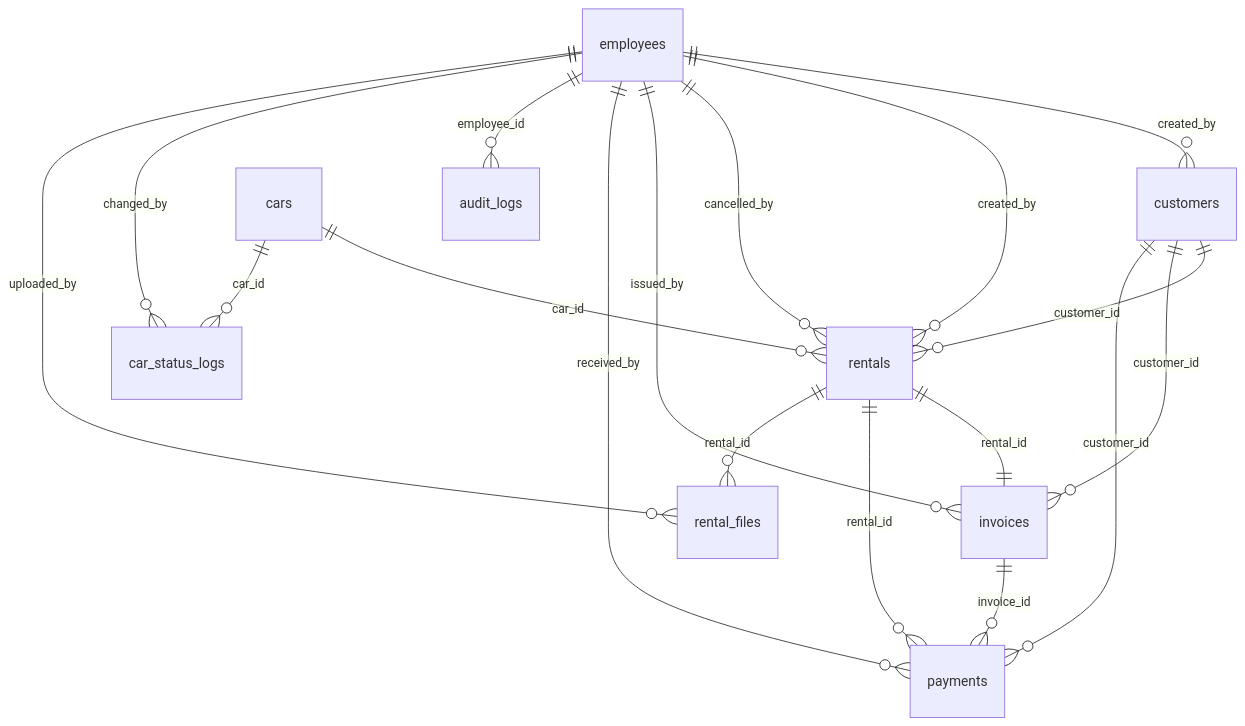
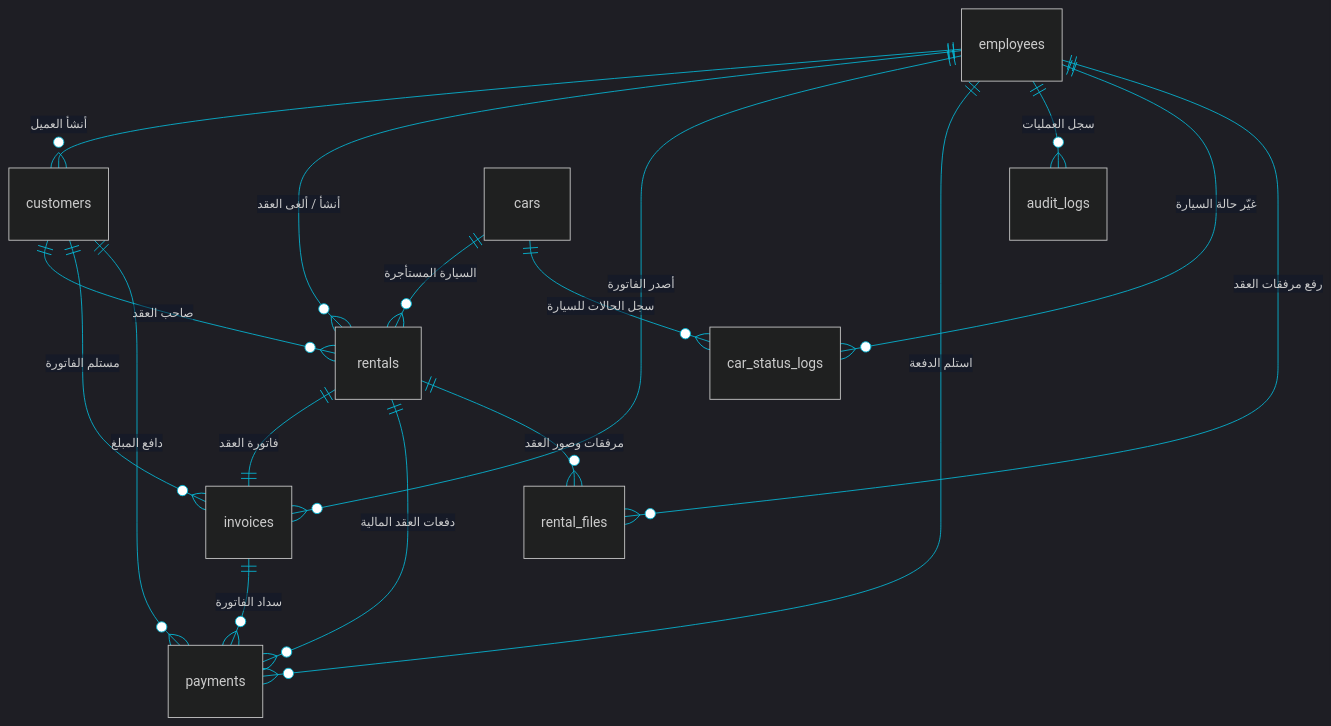
One commit to alhasangamal/al-rayyan-cars-admin changed the second of 2 diagrams in README.md. Above: the diagram before and after it, drawn with Mermaid. The commit also changed other lines of this file, not shown here.

Commit message:
docs: improve README.md design and add detailed Arabic documentation with themed diagrams

````diff
--- a/README.md
+++ b/README.md
@@ -63,24 +77,24 @@
 ```mermaid
+%%{init: {'theme': 'dark', 'themeVariables': { 'primaryColor': '#0f172a', 'edgeLabelBackground':'#1e293b', 'tertiaryColor': '#0f172a', 'lineColor': '#06b6d4'}}}%%
 erDiagram
-    employees ||--o{ customers : "created_by"
-    employees ||--o{ rentals : "created_by"
-    employees ||--o{ rentals : "cancelled_by"
-    employees ||--o{ invoices : "issued_by"
-    employees ||--o{ payments : "received_by"
-    employees ||--o{ audit_logs : "employee_id"
-    employees ||--o{ car_status_logs : "changed_by"
-    employees ||--o{ rental_files : "uploaded_by"
+    employees ||--o{ customers : "أنشأ العميل"
+    employees ||--o{ rentals : "أنشأ / ألغى العقد"
+    employees ||--o{ invoices : "أصدر الفاتورة"
+    employees ||--o{ payments : "استلم الدفعة"
+    employees ||--o{ audit_logs : "سجل العمليات"
+    employees ||--o{ car_status_logs : "غيّر حالة السيارة"
+    employees ||--o{ rental_files : "رفع مرفقات العقد"
     
-    customers ||--o{ rentals : "customer_id"
-    customers ||--o{ invoices : "customer_id"
-    customers ||--o{ payments : "customer_id"
+    customers ||--o{ rentals : "صاحب العقد"
+    customers ||--o{ invoices : "مستلم الفاتورة"
+    customers ||--o{ payments : "دافع المبلغ"
     
-    cars ||--o{ rentals : "car_id"
-    cars ||--o{ car_status_logs : "car_id"
+    cars ||--o{ rentals : "السيارة المستأجرة"
+    cars ||--o{ car_status_logs : "سجل الحالات للسيارة"
     
-    rentals ||--|| invoices : "rental_id"
-    rentals ||--o{ payments : "rental_id"
-    rentals ||--o{ rental_files : "rental_id"
+    rentals ||--|| invoices : "فاتورة العقد"
+    rentals ||--o{ payments : "دفعات العقد المالية"
+    rentals ||--o{ rental_files : "مرفقات وصور العقد"
     
-    invoices ||--o{ payments : "invoice_id"
+    invoices ||--o{ payments : "سداد الفاتورة"
 ```
````
